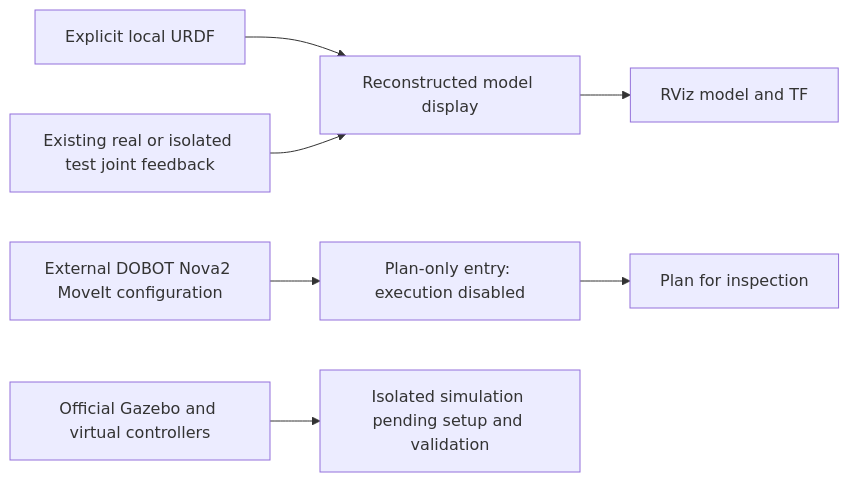
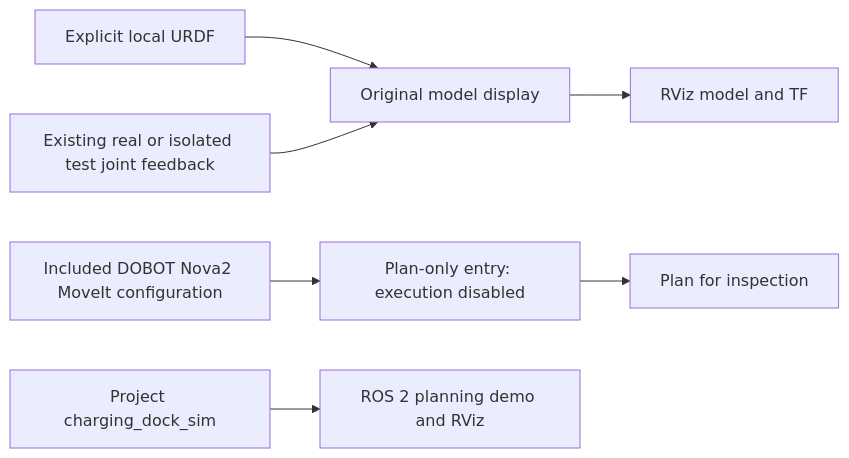
One commit to Pvpproof/autonomous-charging-robot changed the fourth of 4 diagrams in docs/ARM_WORKFLOWS.en.md. Above: the diagram before and after it, drawn with Mermaid. The commit also changed other lines of this file and 12 other files, not shown here.

````diff
--- a/docs/ARM_WORKFLOWS.en.md
+++ b/docs/ARM_WORKFLOWS.en.md
@@ -86,9 +86,9 @@
 ```mermaid
 flowchart LR
-  U[Explicit local URDF] --> M[Reconstructed model display]
+  U[Explicit local URDF] --> M[Original model display]
   J[Existing real or isolated test joint feedback] --> M
   M --> V[RViz model and TF]
-  D[External DOBOT Nova2 MoveIt configuration] --> P[Plan-only entry: execution disabled]
+  D[Included DOBOT Nova2 MoveIt configuration] --> P[Plan-only entry: execution disabled]
   P --> R[Plan for inspection]
-  G[Official Gazebo and virtual controllers] --> S[Isolated simulation pending setup and validation]
+  G[Project charging_dock_sim] --> S[ROS 2 planning demo and RViz]
 ```
````
